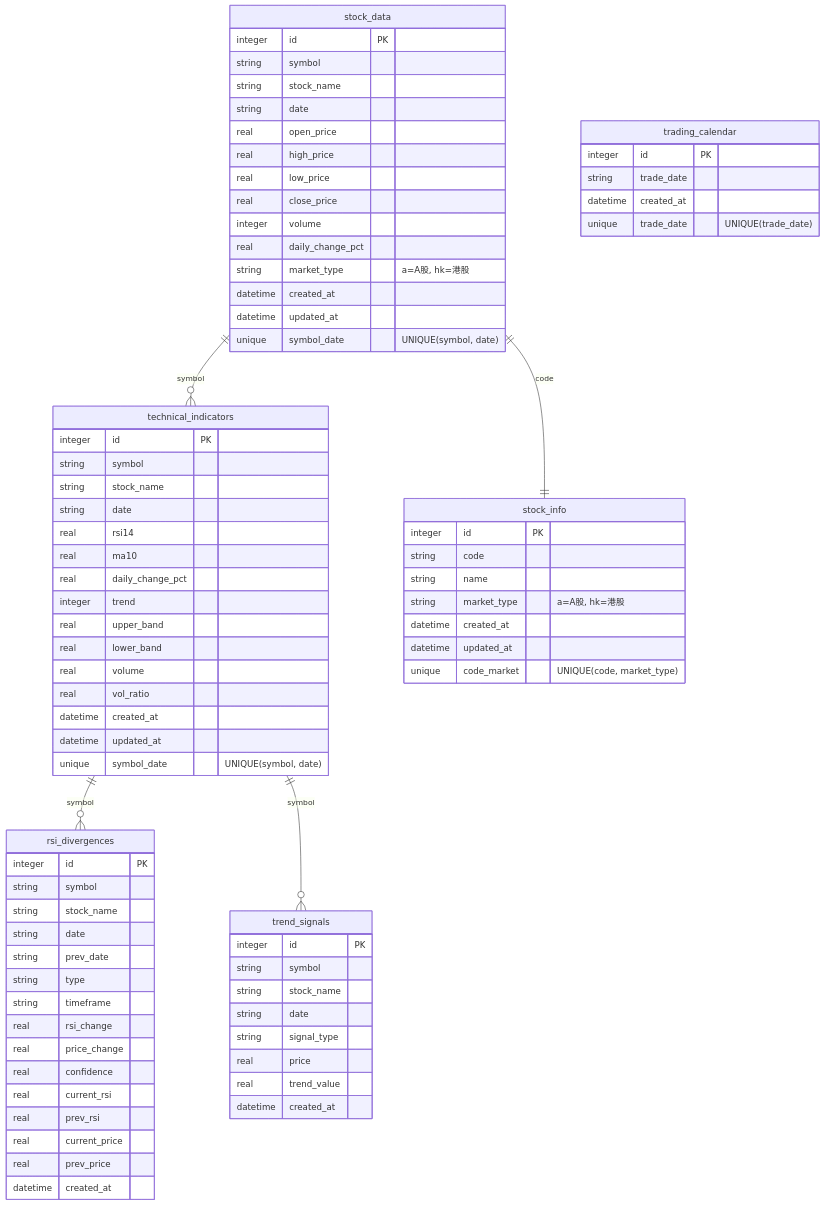
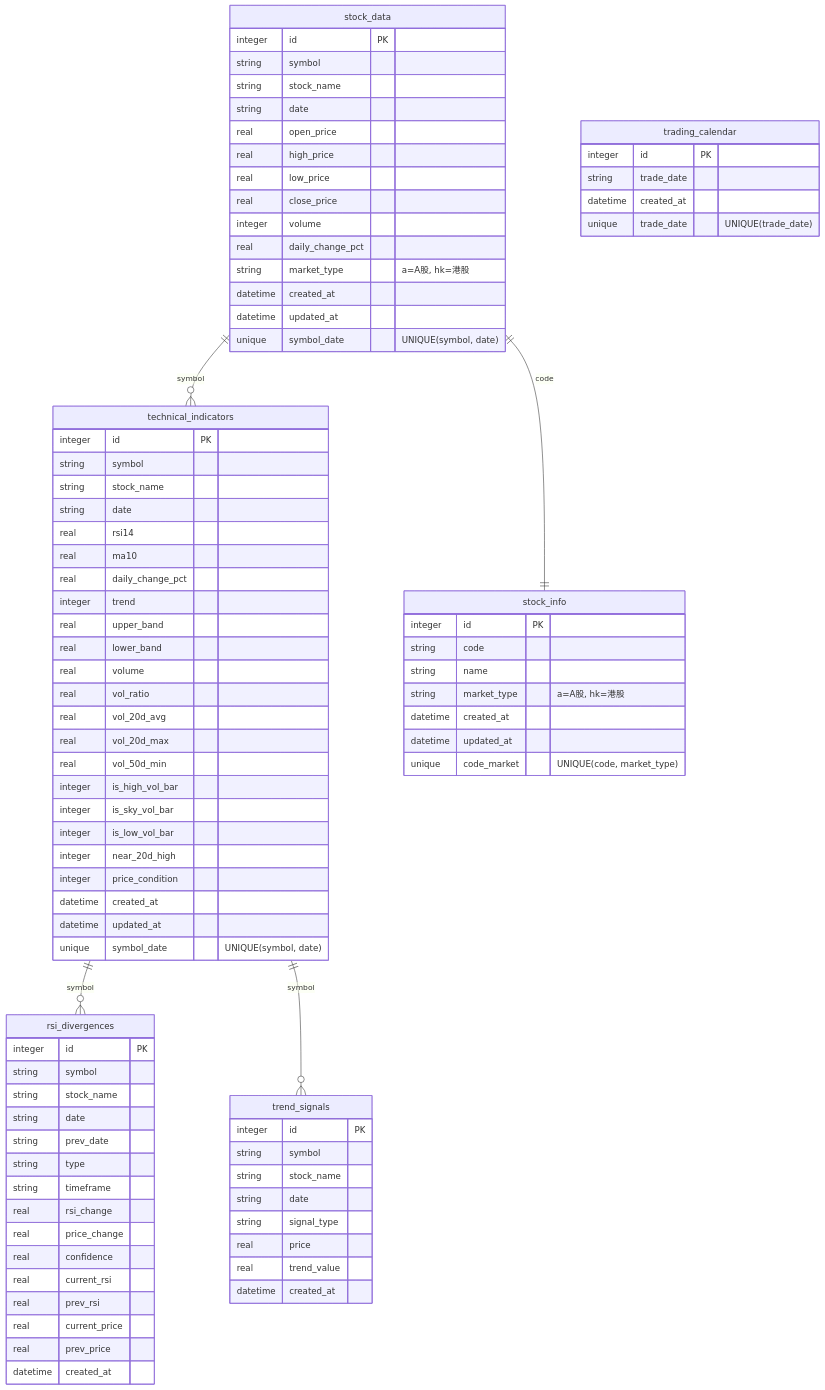
One commit to jerlinn/PulseTrader changed the second of 4 diagrams in Readme.md. Above: the diagram before and after it, drawn with Mermaid. The commit also changed other lines of this file and 10 other files, not shown here.

```diff
--- a/Readme.md
+++ b/Readme.md
@@ -127,6 +127,14 @@
         real lower_band
         real volume
         real vol_ratio
+        real vol_20d_avg
+        real vol_20d_max
+        real vol_50d_min
+        integer is_high_vol_bar
+        integer is_sky_vol_bar
+        integer is_low_vol_bar
+        integer near_20d_high
+        integer price_condition
         datetime created_at
         datetime updated_at
         unique symbol_date "UNIQUE(symbol, date)"
```
